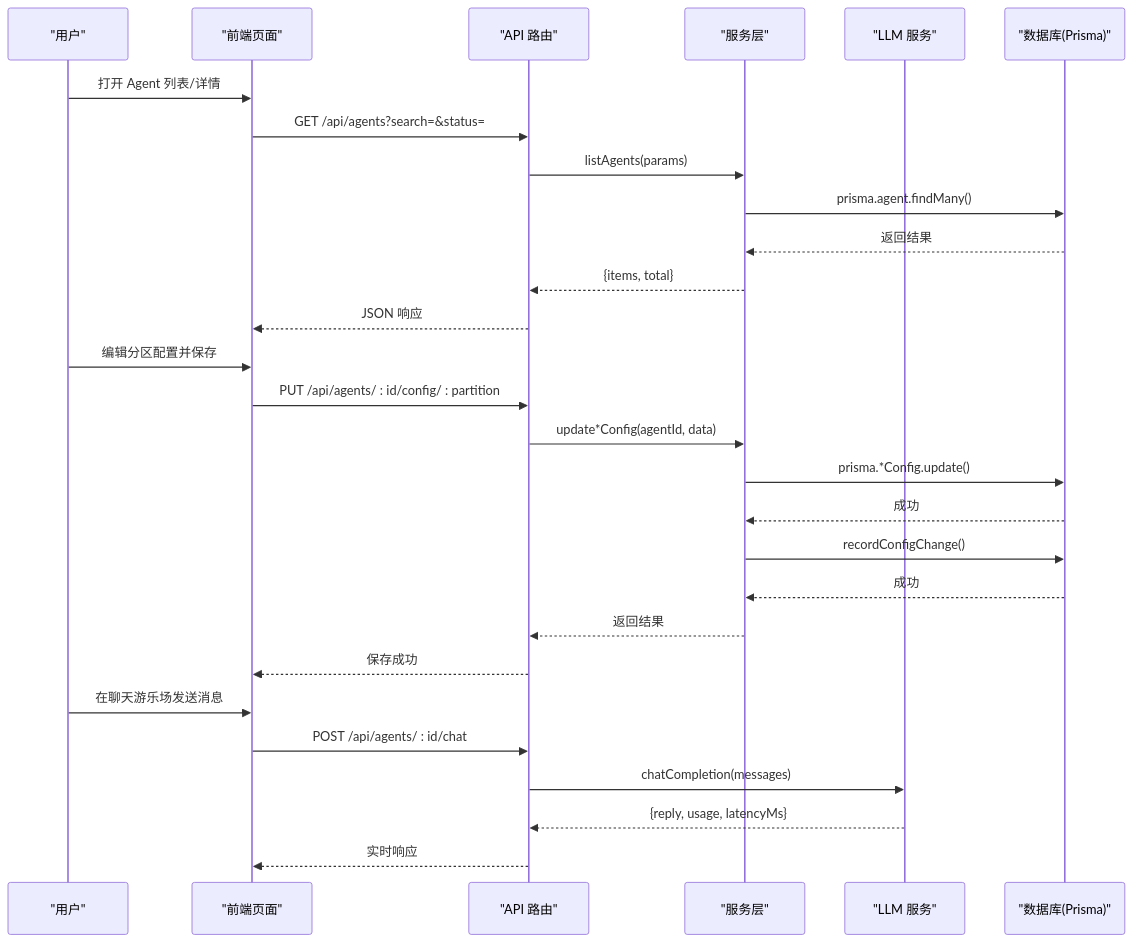
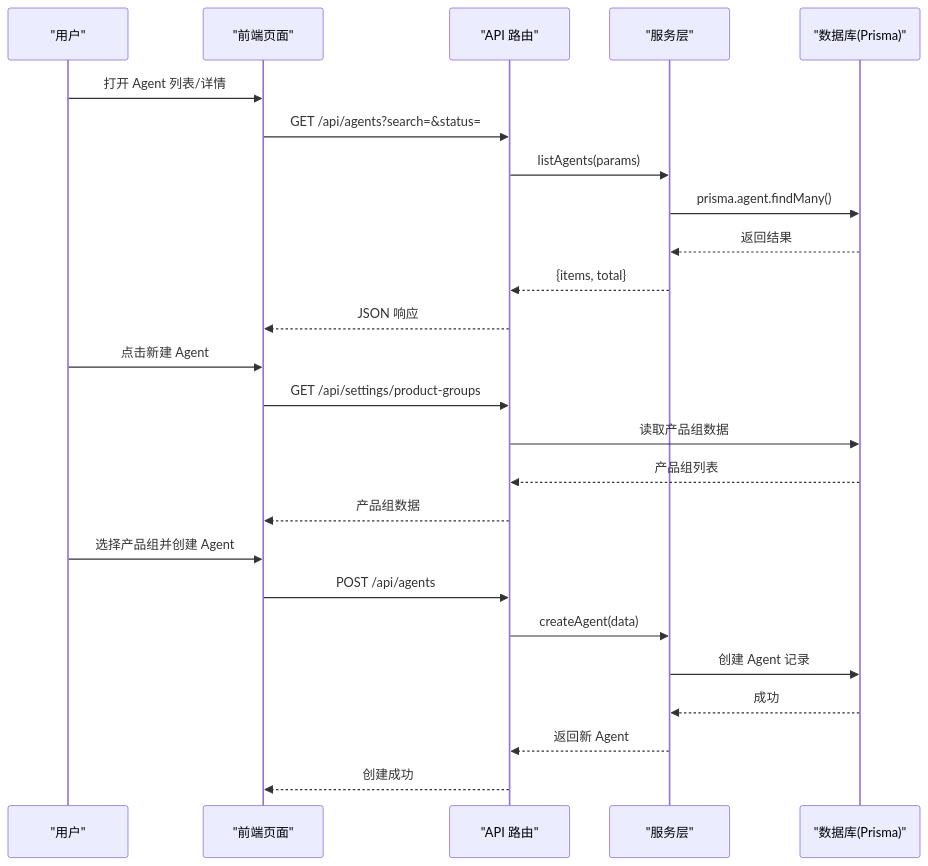
The second of 5 diagrams in .qoder/repowiki/zh/content/功能模块/Agent 管理.md (ai-guru-global/agent-up), drawn with Mermaid before and after one commit. The commit also changed other lines of this file and 13 other files, not shown here.

````diff
--- a/.qoder/repowiki/zh/content/功能模块/Agent 管理.md
+++ b/.qoder/repowiki/zh/content/功能模块/Agent 管理.md
@@ -166,30 +166,27 @@
 ```mermaid
 sequenceDiagram
 participant U as "用户"
 participant FE as "前端页面"
 participant API as "API 路由"
 participant SVC as "服务层"
-participant LLM as "LLM 服务"
 participant DB as "数据库(Prisma)"
 U->>FE : 打开 Agent 列表/详情
 FE->>API : GET /api/agents?search=&status=
 API->>SVC : listAgents(params)
 SVC->>DB : prisma.agent.findMany()
 DB-->>SVC : 返回结果
 SVC-->>API : {items, total}
 API-->>FE : JSON 响应
-U->>FE : 编辑分区配置并保存
-FE->>API : PUT /api/agents/ : id/config/ : partition
-API->>SVC : update*Config(agentId, data)
-SVC->>DB : prisma.*Config.update()
+U->>FE : 点击新建 Agent
+FE->>API : GET /api/settings/product-groups
+API->>DB : 读取产品组数据
+DB-->>API : 产品组列表
+API-->>FE : 产品组数据
+U->>FE : 选择产品组并创建 Agent
+FE->>API : POST /api/agents
+API->>SVC : createAgent(data)
+SVC->>DB : 创建 Agent 记录
 DB-->>SVC : 成功
-SVC->>DB : recordConfigChange()
-DB-->>SVC : 成功
-SVC-->>API : 返回结果
-API-->>FE : 保存成功
-U->>FE : 在聊天游乐场发送消息
-FE->>API : POST /api/agents/ : id/chat
-API->>LLM : chatCompletion(messages)
-LLM-->>API : {reply, usage, latencyMs}
-API-->>FE : 实时响应
+SVC-->>API : 返回新 Agent
+API-->>FE : 创建成功
 ```
````
